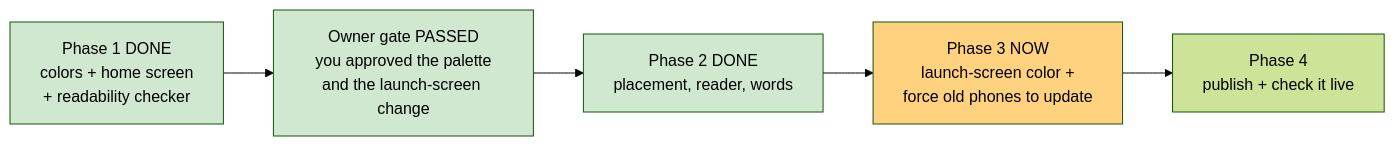
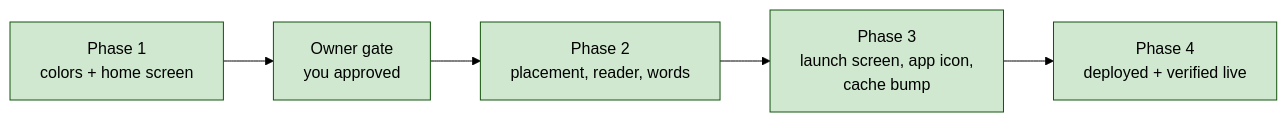
Before and after one commit to dkreinov/magic-clinic-english: the diagram in .oplan/warm-dark-theme/STATUS.md, drawn with Mermaid (forest theme). The commit also changed other lines of this file and 2 other files, not shown here.

Commit message:
oplan: warm-dark-theme RUN CLOSED — live and verified on production

````diff
--- a/.oplan/warm-dark-theme/STATUS.md
+++ b/.oplan/warm-dark-theme/STATUS.md
@@ -10,12 +12,12 @@
 ```mermaid
 flowchart LR
-    P1[Phase 1 DONE<br/>colors + home screen<br/>+ readability checker] --> GATE
-    GATE[Owner gate PASSED<br/>you approved the palette<br/>and the launch-screen change] --> P2
-    P2[Phase 2 DONE<br/>placement, reader, words] --> P3
-    P3[Phase 3 NOW<br/>launch-screen color +<br/>force old phones to update] --> P4
-    P4[Phase 4<br/>publish + check it live]
+    P1[Phase 1<br/>colors + home screen] --> G[Owner gate<br/>you approved]
+    G --> P2[Phase 2<br/>placement, reader, words]
+    P2 --> P3[Phase 3<br/>launch screen, app icon,<br/>cache bump]
+    P3 --> P4[Phase 4<br/>deployed + verified live]
     style P1 fill:#cfe8cf
-    style GATE fill:#cfe8cf
+    style G fill:#cfe8cf
     style P2 fill:#cfe8cf
-    style P3 fill:#ffd27f
+    style P3 fill:#cfe8cf
+    style P4 fill:#cfe8cf
 ```
````
